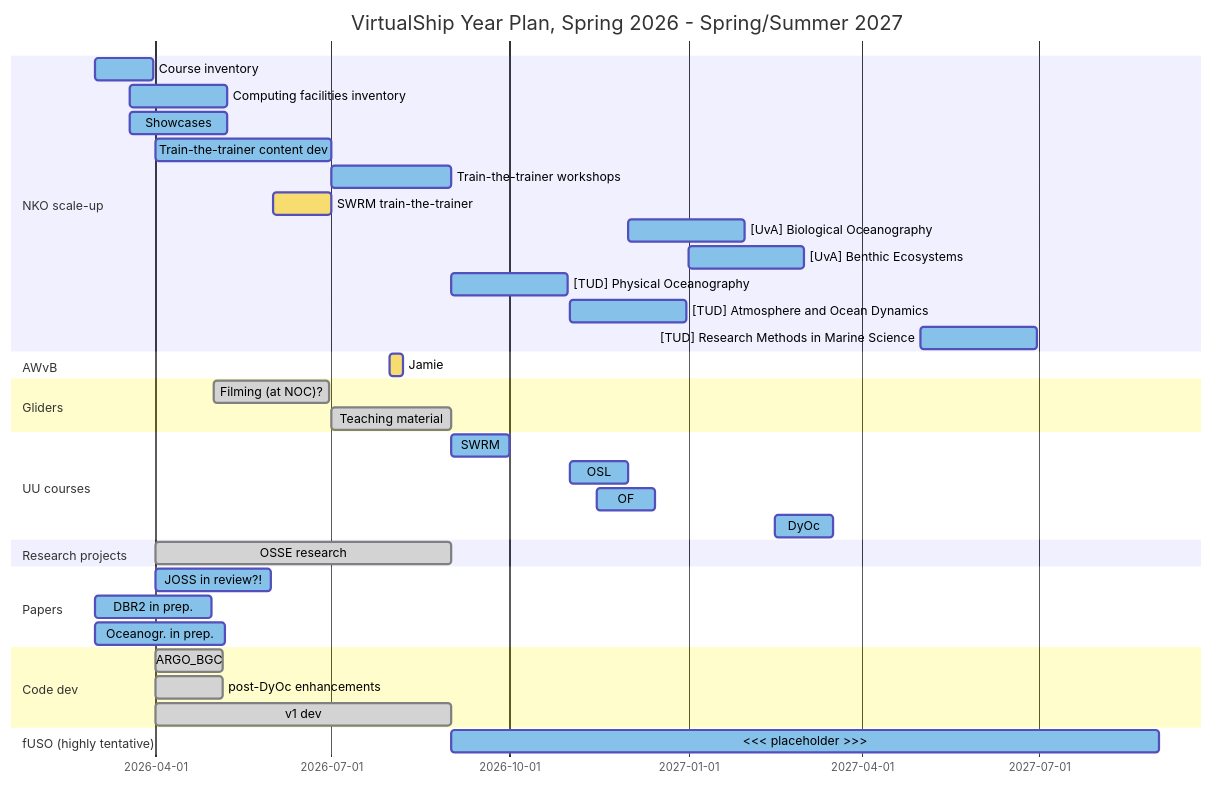
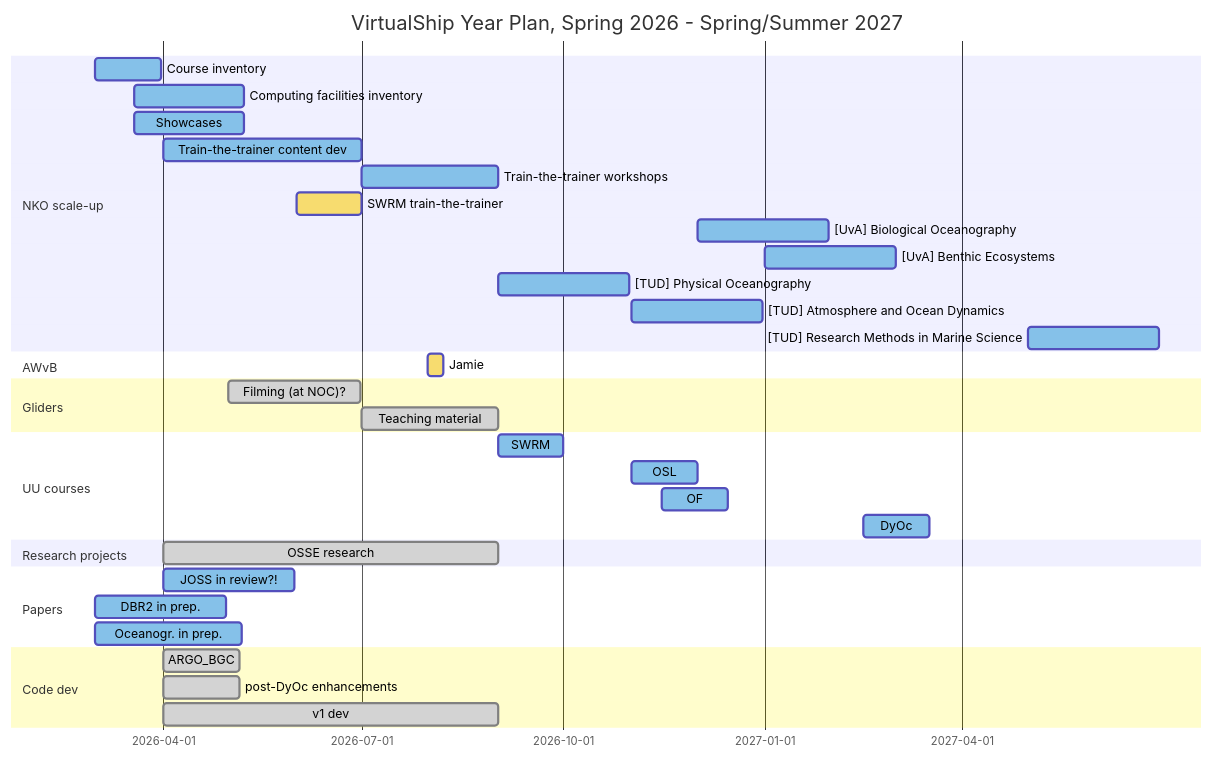
The diagram in docs/user-guide/developer-content/gantt_2026-27.md (Parcels-code/virtualship), drawn with Mermaid before and after one commit.

Commit message:
remove fuso

````diff
--- a/docs/user-guide/developer-content/gantt_2026-27.md
+++ b/docs/user-guide/developer-content/gantt_2026-27.md
@@ -1,62 +1,58 @@
 ```mermaid
 ---
 config:
   theme: default
 ---
 %%{init: { 'themeVariables': {
     'doneTaskBkgColor': '#d3d3d3',
     'activeTaskBkgColor': '#85C1E9',
     'taskBkgColor': '#F7DC6F',
     'critBorderColor': '#ff0000'
 }}}%%
 gantt
     title VirtualShip Year Plan, Spring 2026 - Spring/Summer 2027
     dateFormat  YYYY-MM-DD
     tickInterval 3month
     weekday monday
 
     section NKO scale-up
     Course inventory    :active, 2026-03-01, 30d
     Computing facilities inventory :active, 2026-03-19, 50d
     Showcases           :active, 2026-03-19, 50d
     Train-the-trainer content dev   :active, 2026-04-01, 91d
     Train-the-trainer workshops :active, 2026-07-01, 62d
     SWRM train-the-trainer :future, 2026-06-01, 30d
     [UvA] Biological Oceanography :active, 2026-12-01, 60d
     [UvA] Benthic Ecosystems :active, 2027-01-01, 60d
     [TUD] Physical Oceanography :active, 2026-09-01, 60d
     [TUD] Atmosphere and Ocean Dynamics :active, 2026-11-01, 60d
     [TUD] Research Methods in Marine Science :active, 2027-05-01, 60d
 
 
     section AWvB
     Jamie :, 2026-07-31, 7d
 
     section Gliders
     Filming (at NOC)? :done, 2026-05-01, 60d
     Teaching material :done, 2026-07-01, 62d
 
     section UU courses
     SWRM :active, 2026-09-01, 30d
     OSL :active, 2026-11-01, 30d
     OF  :active, 2026-11-15, 30d
     DyOc :active, 2027-02-15, 30d
 
     section Research projects
     OSSE research :done, 2026-04-01, 153d
 
     section Papers
     JOSS in review?! :active, 2026-04-01, 60d
     DBR2 in prep. :active, 2026-03-01, 60d
     Oceanogr. in prep. :active, 2026-03-01, 67d
 
     section Code dev
     ARGO_BGC :done, 2026-04-01, 35d
     post-DyOc enhancements :done, 2026-04-01, 35d
     v1 dev       :done, 2026-04-01, 153d
 
-
-    section fUSO (highly tentative)
-    <<< placeholder >>> :active, 2026-09-01, 365d
-
 ```
````
